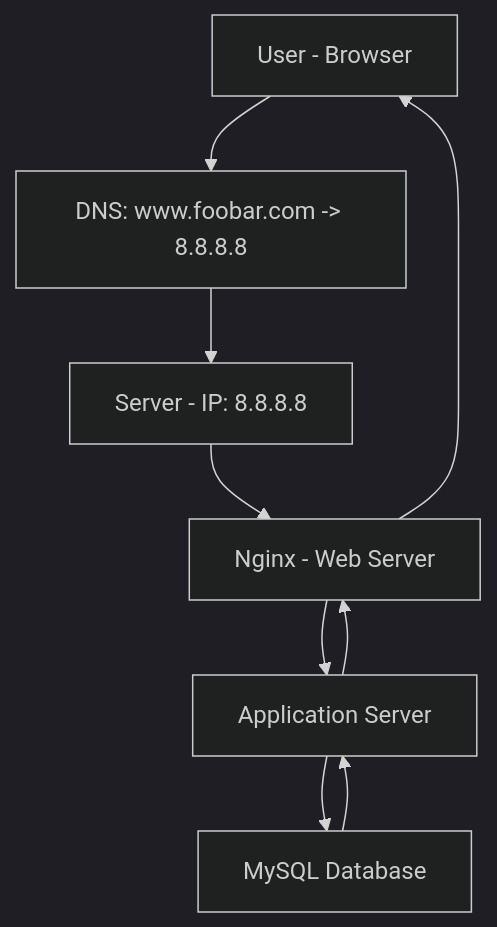
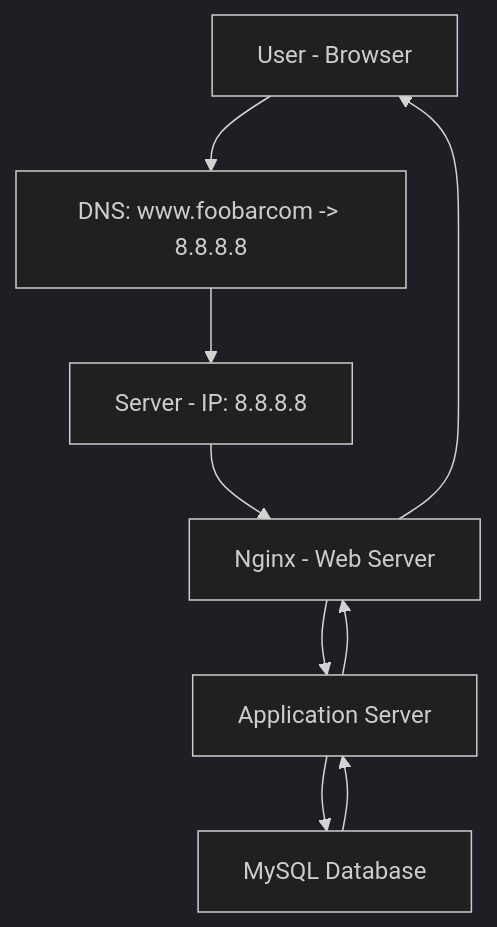
The diagram in web_infrastructure_design/0-simple_web_stack.md (ahmedguindou/holbertonschool-system_engineering-devops), drawn with Mermaid (dark theme) before and after one commit.

Commit message:
web_infrastructure_design

````diff
--- a/web_infrastructure_design/0-simple_web_stack.md
+++ b/web_infrastructure_design/0-simple_web_stack.md
@@ -23,18 +23,18 @@
 ```mermaid
 graph TD
     User[User - Browser]
-    DNS[DNS: www.foobar.com -> 8.8.8.8]
+    DNS[DNS: www.foobarcom -> 8.8.8.8]
     Server[Server - IP: 8.8.8.8]
     Nginx[Nginx - Web Server]
     App[Application Server]
     DB[MySQL Database]
 
     User --> DNS
     DNS --> Server
     Server --> Nginx
     Nginx --> App
     App --> DB
     DB --> App
     App --> Nginx
     Nginx --> User
 ```
````
